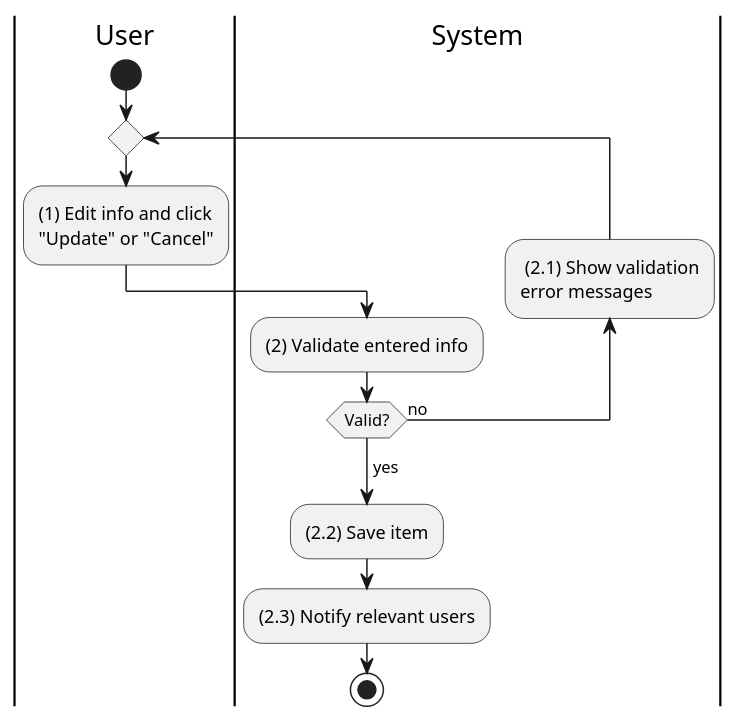
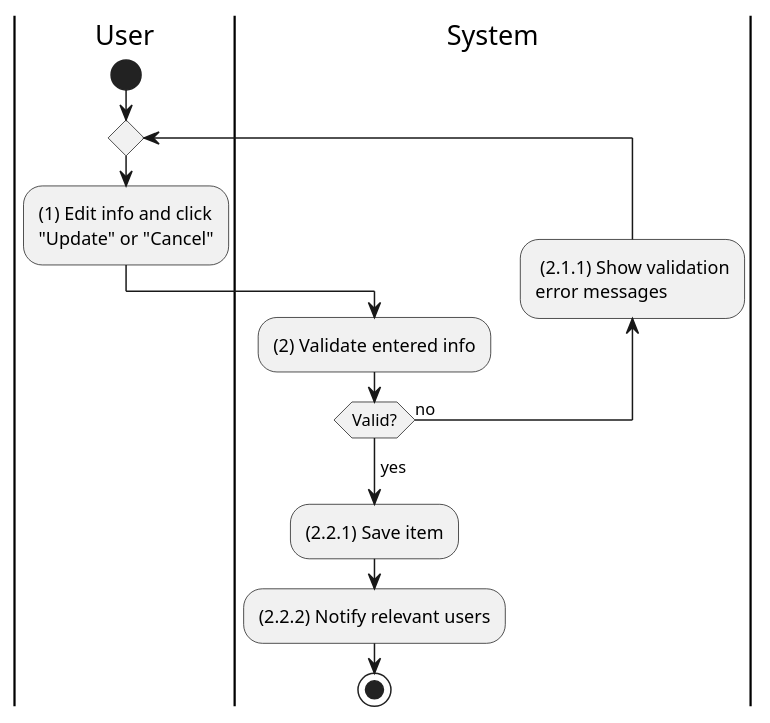
Before and after one commit to phihungha/scmss-reqs: the diagram in activities/sales-order-update.plantuml, drawn with PlantUML. The commit also changed 1 other file, not shown here.

```diff
--- a/activities/sales-order-update.plantuml
+++ b/activities/sales-order-update.plantuml
@@ -1,17 +1,17 @@
 @startuml sales-order-update
 |u|User
 |s|System
 
 |u|
 start
 repeat
     :(1) Edit info and click\n"Update" or "Cancel";
     |s|
     :(2) Validate entered info;
-    backward: (2.1) Show validation\nerror messages;
+    backward: (2.1.1) Show validation\nerror messages;
 repeat while (Valid?) is (no)
 ->yes;
-:(2.2) Save item;
-:(2.3) Notify relevant users;
+:(2.2.1) Save item;
+:(2.2.2) Notify relevant users;
 stop
 @enduml
```
